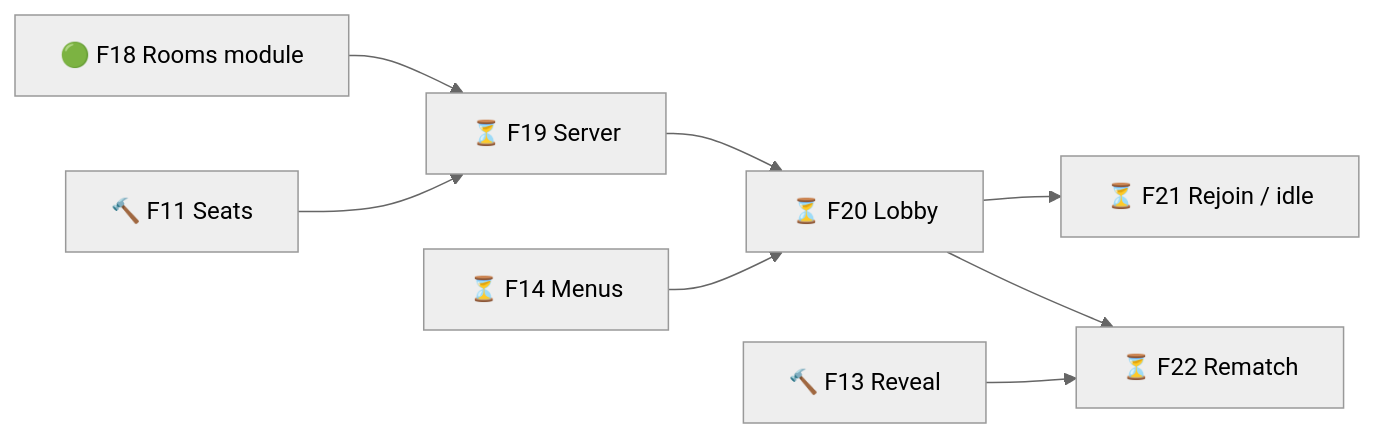
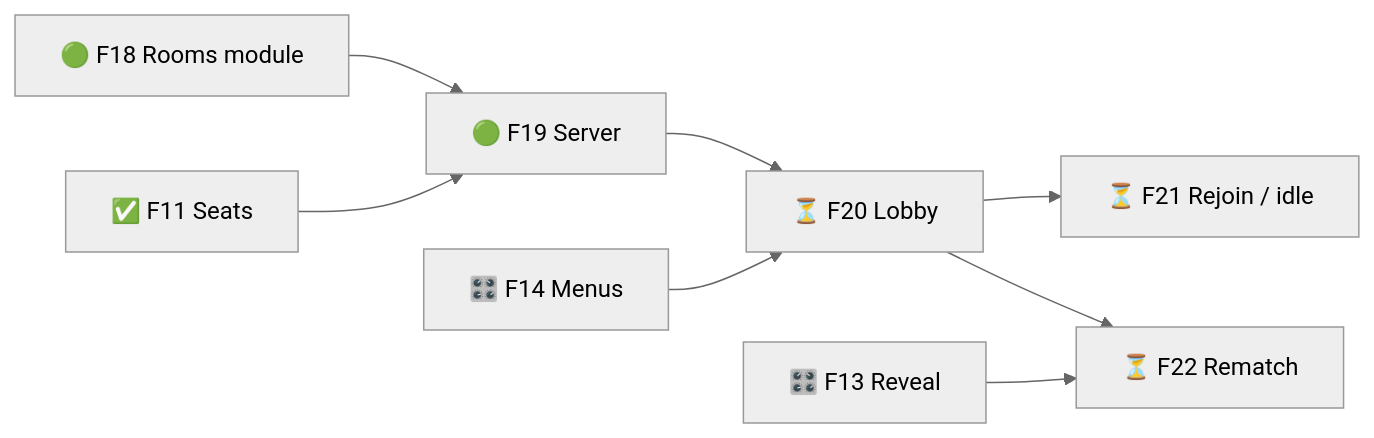
The fourth of 4 diagrams in .planning/ROADMAP.md (TheBlueMuzzy/Glyphtender), drawn with Mermaid (neutral theme) before and after one commit. The commit also changed other lines of this file and 2 other files, not shown here.

Commit message:
Sprint 04 done — full pass-and-play game (seats, handoff, new game, danger cues, reveal, end table) + Dev Kit Snapshots & Bug capture

````diff
--- a/.planning/ROADMAP.md
+++ b/.planning/ROADMAP.md
@@ -81,10 +81,10 @@
 ```mermaid
 flowchart LR
-  F18[🟢 F18 Rooms module] --> F19[⏳ F19 Server]
-  F11[🔨 F11 Seats] --> F19
+  F18[🟢 F18 Rooms module] --> F19[🟢 F19 Server]
+  F11[✅ F11 Seats] --> F19
   F19 --> F20[⏳ F20 Lobby]
-  F14[⏳ F14 Menus] --> F20
+  F14[🎛️ F14 Menus] --> F20
   F20 --> F21[⏳ F21 Rejoin / idle]
   F20 --> F22[⏳ F22 Rematch]
-  F13[🔨 F13 Reveal] --> F22
+  F13[🎛️ F13 Reveal] --> F22
 ```
````
